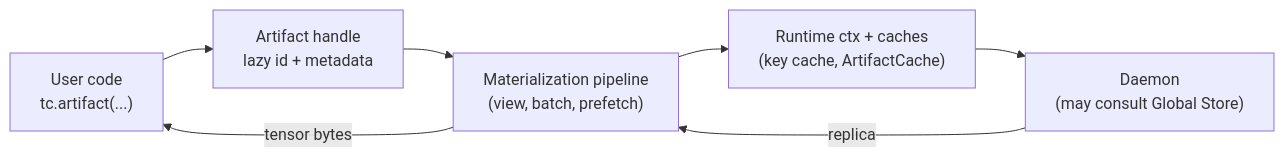
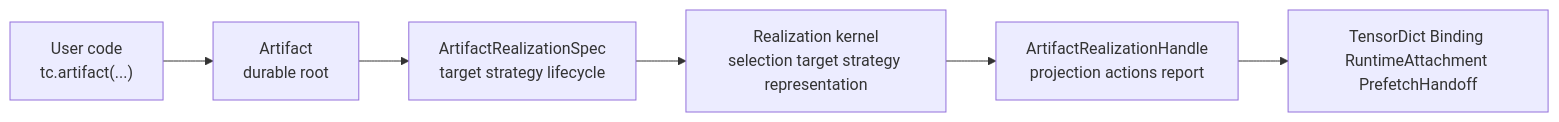
The diagram in docs/designs/0039-artifact-first-sdk.md (tensorcast-ai/tensorcast), drawn with Mermaid before and after one commit. The commit also changed other lines of this file and 16 other files, not shown here.

Commit message:
docs: add unified artifact realization kernel

````diff
--- a/docs/designs/0039-artifact-first-sdk.md
+++ b/docs/designs/0039-artifact-first-sdk.md
@@ -104,9 +204,8 @@
 ```mermaid
 flowchart LR
-    U["User code<br>tc.artifact(...)"] --> H["Artifact handle<br>lazy id + metadata"]
-    H --> M["Materialization pipeline<br>(view, batch, prefetch)"]
-    M --> R["Runtime ctx + caches<br>(key cache, ArtifactCache)"]
-    R --> D["Daemon<br>(may consult Global Store)"]
-    D -->|replica| M
-    M -->|tensor bytes| U
+    U["User code<br>tc.artifact(...)"] --> H["Artifact<br>durable root"]
+    H --> S["ArtifactRealizationSpec<br>target strategy lifecycle"]
+    S --> K["Realization kernel<br>selection target strategy representation"]
+    K --> R["ArtifactRealizationHandle<br>projection actions report"]
+    R --> T["TensorDict Binding RuntimeAttachment PrefetchHandoff"]
 ```
````
